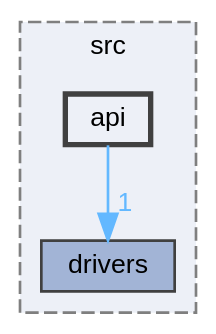
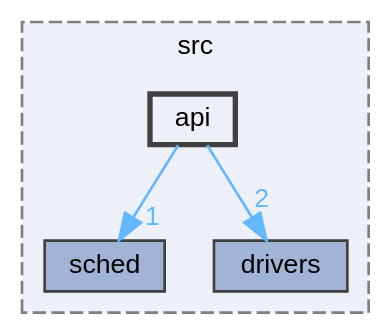
The diagram in dev/dir_18ac01a18bb8b208f27c88345941c779_dep.dot (Ghaadyy/elevator-controller), drawn with Graphviz before and after one commit. The commit also changed 80 other files, not shown here.

```diff
--- a/dev/dir_18ac01a18bb8b208f27c88345941c779_dep.dot
+++ b/dev/dir_18ac01a18bb8b208f27c88345941c779_dep.dot
@@ -1,14 +1,16 @@
 digraph "firmware/src/api"
 {
  // LATEX_PDF_SIZE
   bgcolor="transparent";
   edge [fontname=Helvetica,fontsize=10,labelfontname=Helvetica,labelfontsize=10];
   node [fontname=Helvetica,fontsize=10,shape=box,height=0.2,width=0.4];
   compound=true
   subgraph clusterdir_c898ccd6027d5da3247aa855d21ca2cf {
     graph [ bgcolor="#edf0f7", pencolor="grey50", label="src", fontname=Helvetica,fontsize=10 style="filled,dashed", URL="dir_c898ccd6027d5da3247aa855d21ca2cf.html",tooltip=""]
+  dir_7823007820cfe4d1a4ad04f11c50e251 [label="sched", fillcolor="#a2b4d6", color="grey25", style="filled", URL="dir_7823007820cfe4d1a4ad04f11c50e251.html",tooltip=""];
   dir_e200633b3c29dcc6afc0356839fb5e29 [label="drivers", fillcolor="#a2b4d6", color="grey25", style="filled", URL="dir_e200633b3c29dcc6afc0356839fb5e29.html",tooltip=""];
   dir_18ac01a18bb8b208f27c88345941c779 [label="api", fillcolor="#edf0f7", color="grey25", style="filled,bold", URL="dir_18ac01a18bb8b208f27c88345941c779.html",tooltip=""];
   }
-  dir_18ac01a18bb8b208f27c88345941c779->dir_e200633b3c29dcc6afc0356839fb5e29 [headlabel="1", labeldistance=1.5 headhref="dir_000000_000001.html" href="dir_000000_000001.html" color="steelblue1" fontcolor="steelblue1"];
+  dir_18ac01a18bb8b208f27c88345941c779->dir_7823007820cfe4d1a4ad04f11c50e251 [headlabel="1", labeldistance=1.5 headhref="dir_000000_000003.html" href="dir_000000_000003.html" color="steelblue1" fontcolor="steelblue1"];
+  dir_18ac01a18bb8b208f27c88345941c779->dir_e200633b3c29dcc6afc0356839fb5e29 [headlabel="2", labeldistance=1.5 headhref="dir_000000_000001.html" href="dir_000000_000001.html" color="steelblue1" fontcolor="steelblue1"];
 }
```
